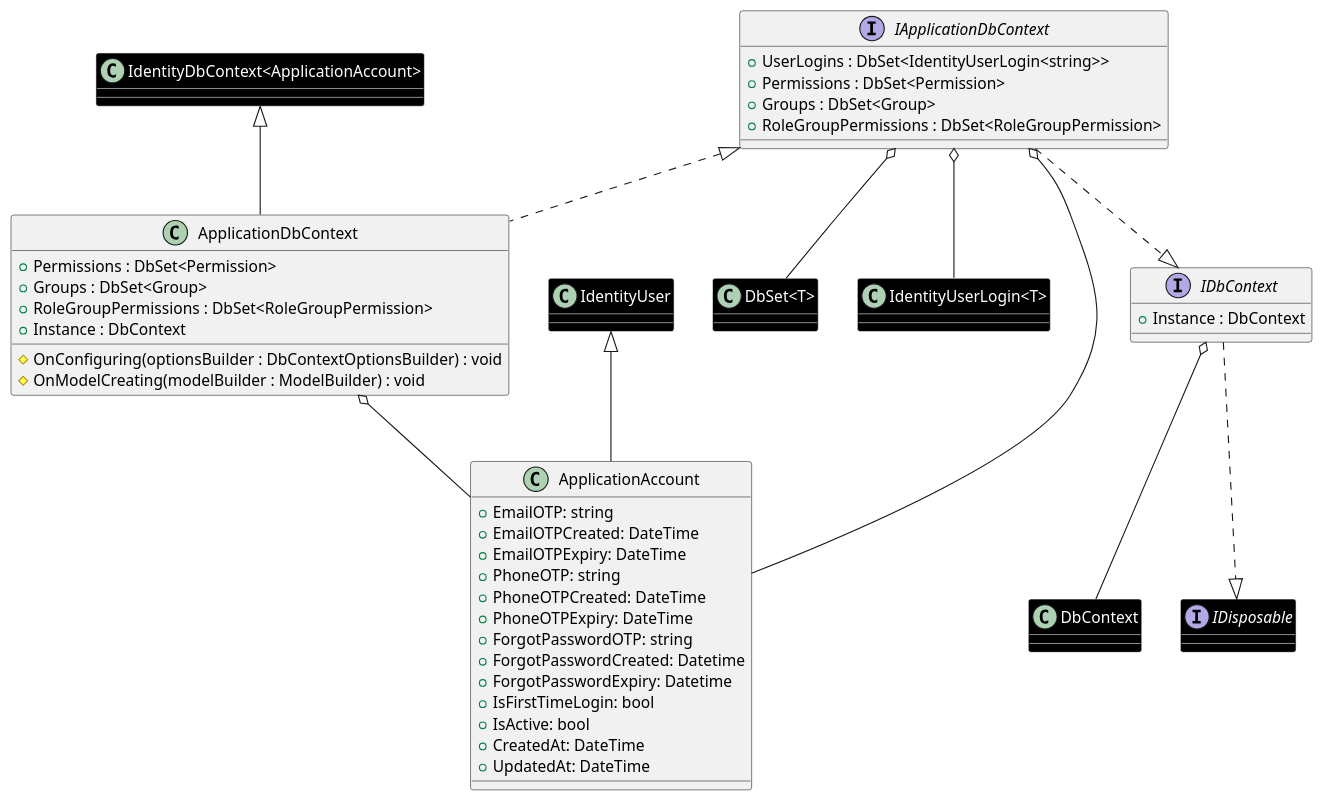
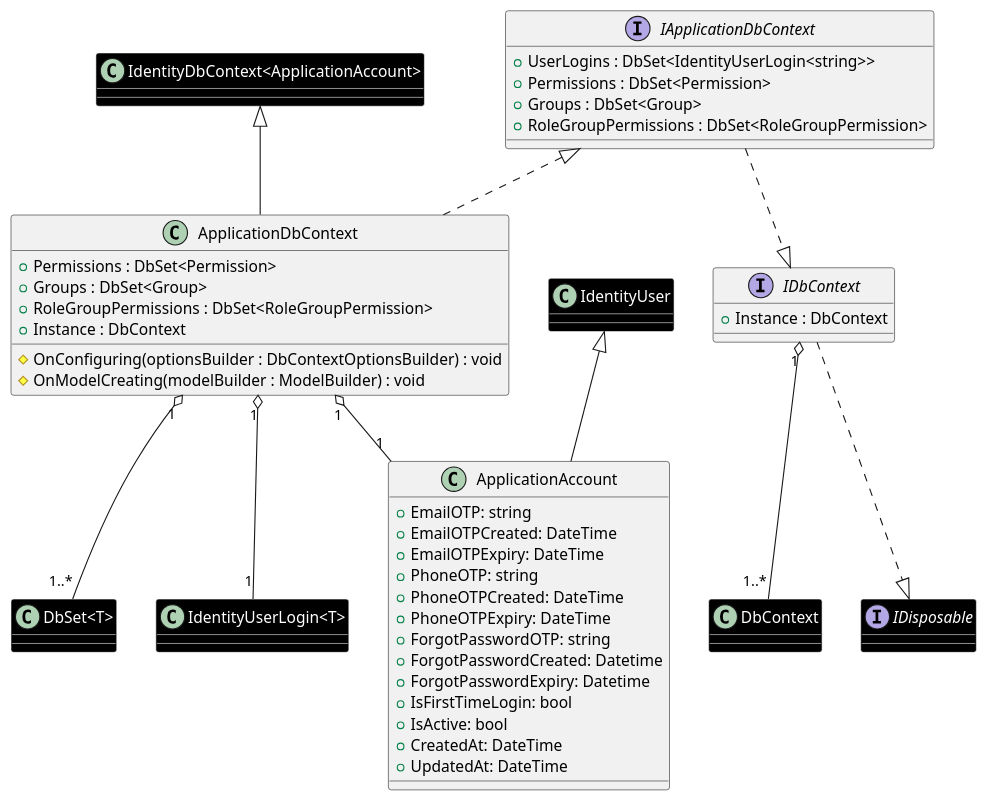
One commit to Carl-Johnsons/tastopia changed the diagram in doc/SDS/CommonClassDiagram/Account/AccountDbContext.plantuml. Above: the diagram before and after it, drawn with PlantUML. The commit also changed 4 other files, not shown here.

Commit message:
doc: fix common class diagram

```diff
--- a/doc/SDS/CommonClassDiagram/Account/AccountDbContext.plantuml
+++ b/doc/SDS/CommonClassDiagram/Account/AccountDbContext.plantuml
@@ -1,58 +1,57 @@
 @startuml AccountDbContext
 
 together {
     interface IApplicationDbContext {
         +UserLogins : DbSet<IdentityUserLogin<string>>
         +Permissions : DbSet<Permission>
         +Groups : DbSet<Group>
         +RoleGroupPermissions : DbSet<RoleGroupPermission>
     }
 
     interface IDbContext {
         +Instance : DbContext
     }
     ' ========= Entity class =========
     class ApplicationAccount extends IdentityUser {
         +EmailOTP: string
         +EmailOTPCreated: DateTime
         +EmailOTPExpiry: DateTime
         +PhoneOTP: string
         +PhoneOTPCreated: DateTime
         +PhoneOTPExpiry: DateTime
         +ForgotPasswordOTP: string
         +ForgotPasswordCreated: Datetime
         +ForgotPasswordExpiry: Datetime
         +IsFirstTimeLogin: bool
         +IsActive: bool
         +CreatedAt: DateTime
         +UpdatedAt: DateTime
     }
     ' ========= Library class =========
     interface IDisposable #black;line:white;text:white
     class "DbSet<T>" #black;line:white;text:white
     class "IdentityUserLogin<T>" #black;line:white;text:white
     class DbContext #black;line:white;text:white
     class IdentityUser #black;line:white;text:white
     class "IdentityDbContext<ApplicationAccount>" #black;line:white;text:white
 
     class ApplicationDbContext extends "IdentityDbContext<ApplicationAccount>" implements IApplicationDbContext {
         +Permissions : DbSet<Permission>
         +Groups : DbSet<Group>
         +RoleGroupPermissions : DbSet<RoleGroupPermission>
         +Instance : DbContext
         #OnConfiguring(optionsBuilder : DbContextOptionsBuilder) : void
         #OnModelCreating(modelBuilder : ModelBuilder) : void
     }
 }
 
 IDbContext ..|> IDisposable
-IDbContext o-- DbContext
+IDbContext "1" o-- "1..*" DbContext
 
 IApplicationDbContext ..|> IDbContext
-IApplicationDbContext o-- "DbSet<T>"
-IApplicationDbContext o-- "IdentityUserLogin<T>"
-IApplicationDbContext o-- ApplicationAccount
 
-ApplicationDbContext o-- ApplicationAccount
+ApplicationDbContext "1" o-- "1..*" "DbSet<T>"
+ApplicationDbContext "1" o-- "1" "IdentityUserLogin<T>"
+ApplicationDbContext "1" o-- "1" ApplicationAccount
 
 @enduml
```
